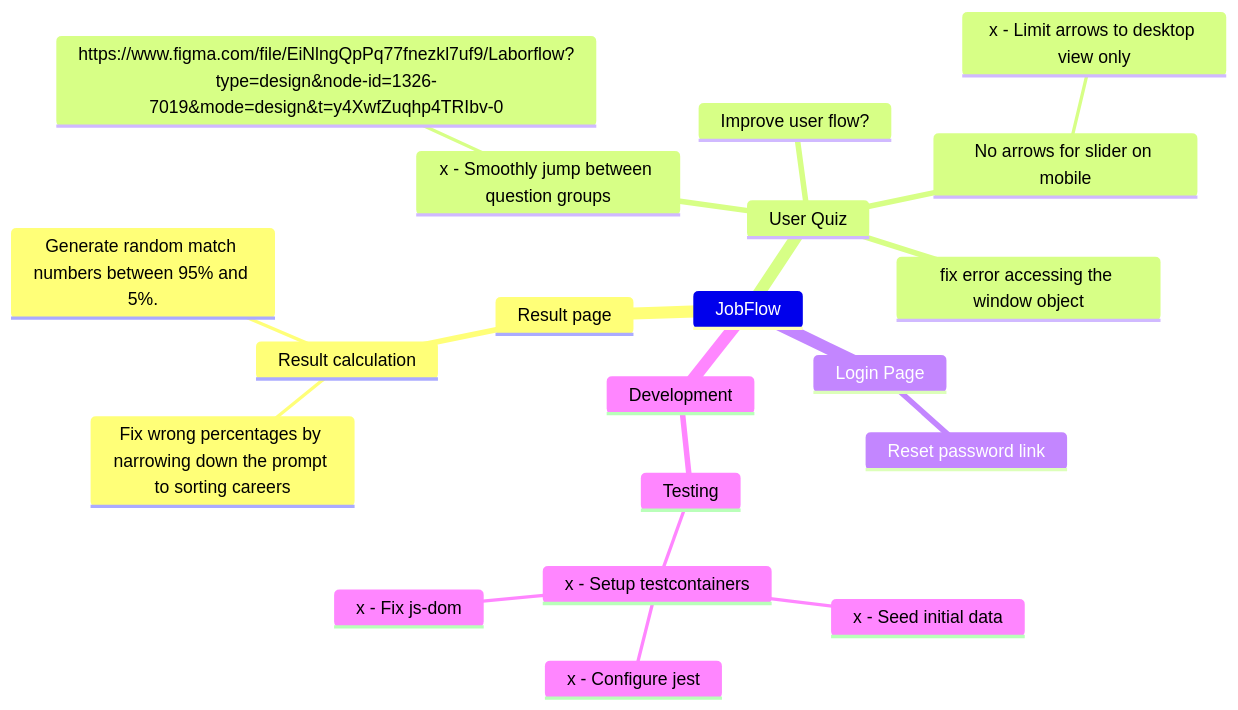
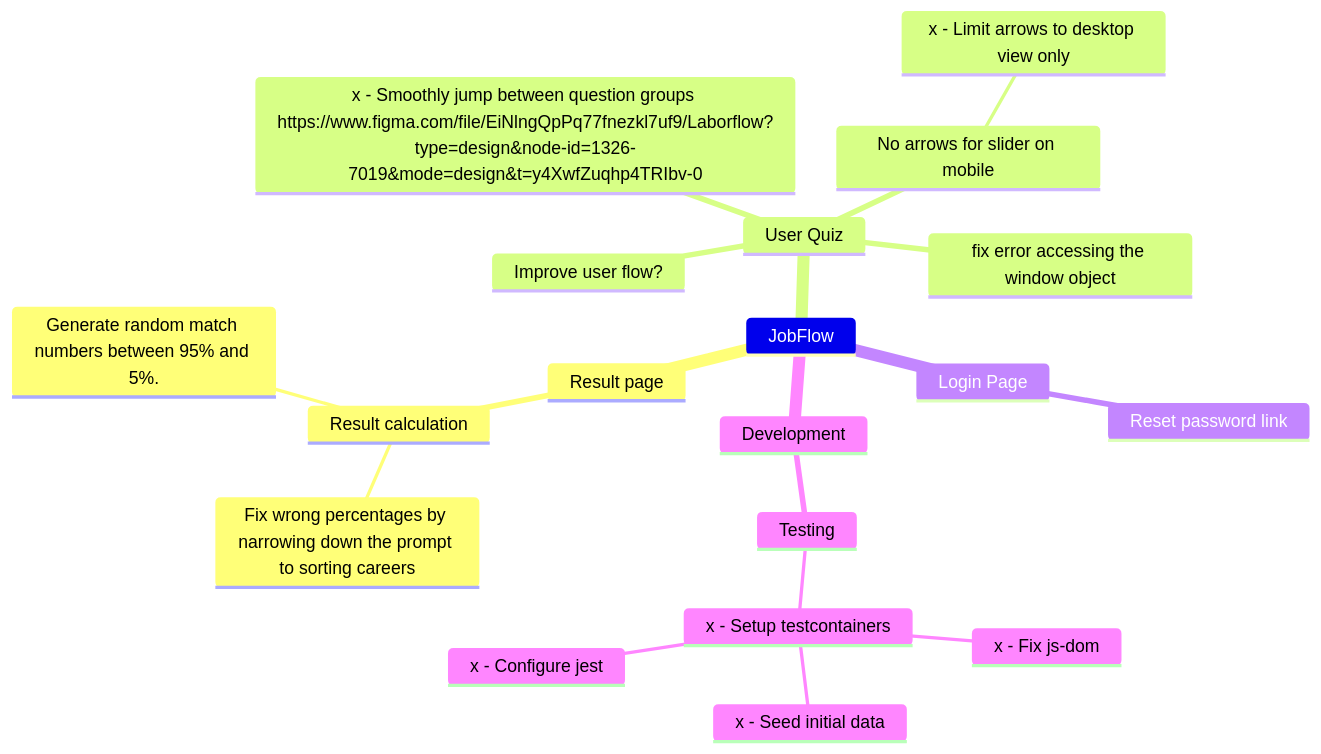
Before and after one commit to alexkochnev1987/jobflow: the diagram in README.md, drawn with Mermaid.

Commit message:
update diagram

````diff
--- a/README.md
+++ b/README.md
@@ -7,24 +7,22 @@
 ```mermaid
 mindmap
     JobFlow
       Result page
         Result calculation
           Fix wrong percentages by narrowing down the prompt to sorting careers
           Generate random match numbers between 95% and 5%.
       User Quiz
-        x - Smoothly jump between question groups
-          https://www.figma.com/file/EiNlngQpPq77fnezkl7uf9/Laborflow?type=design&node-id=1326-7019&mode=design&t=y4XwfZuqhp4TRIbv-0
+        x - Smoothly jump between question groups https://www.figma.com/file/EiNlngQpPq77fnezkl7uf9/Laborflow?type=design&node-id=1326-7019&mode=design&t=y4XwfZuqhp4TRIbv-0
         No arrows for slider on mobile
           x - Limit arrows to desktop view only
         fix error accessing the window object
         Improve user flow?
       Login Page
         Reset password link
-
       Development
         Testing
           x - Setup testcontainers
             x - Fix js-dom
             x - Seed initial data
             x - Configure jest
 ```
````
